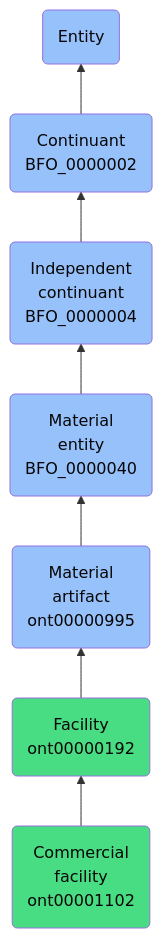
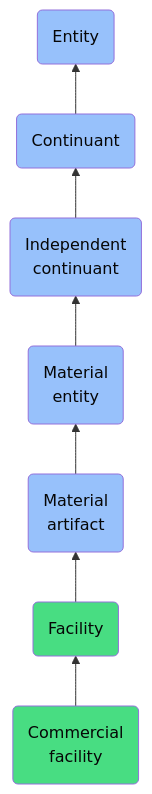
Before and after one commit to jupyter-naas/abi: the diagram in docs/ontology/reference/model/Entity/Continuant/Independent continuant/Material entity/Material artifact/Facility/Commercial facility/Commercial facility.md, drawn with Mermaid. The commit also changed other lines of this file and 1430 other files, not shown here.

````diff
--- a/docs/ontology/reference/model/Entity/Continuant/Independent continuant/Material entity/Material artifact/Facility/Commercial facility/Commercial facility.md
+++ b/docs/ontology/reference/model/Entity/Continuant/Independent continuant/Material entity/Material artifact/Facility/Commercial facility/Commercial facility.md
@@ -24,14 +24,14 @@
 ```mermaid
 graph BT
-    ont00001102(Commercial<br>facility<br>ont00001102):::ABI-->ont00000192
-    ont00000192(Facility<br>ont00000192):::ABI-->ont00000995
-    ont00000995(Material<br>artifact<br>ont00000995):::BFO-->BFO_0000040
-    BFO_0000040(Material<br>entity<br>BFO_0000040):::BFO-->BFO_0000004
-    BFO_0000004(Independent<br>continuant<br>BFO_0000004):::BFO-->BFO_0000002
-    BFO_0000002(Continuant<br>BFO_0000002):::BFO-->BFO_0000001
+    ont00001102(Commercial<br>facility):::ABI-->ont00000192
+    ont00000192(Facility):::ABI-->ont00000995
+    ont00000995(Material<br>artifact):::BFO-->BFO_0000040
+    BFO_0000040(Material<br>entity):::BFO-->BFO_0000004
+    BFO_0000004(Independent<br>continuant):::BFO-->BFO_0000002
+    BFO_0000002(Continuant):::BFO-->BFO_0000001
     BFO_0000001(Entity):::BFO
     
     classDef BFO fill:#97c1fb,color:#060606
     classDef CCO fill:#e4c51e,color:#060606
     classDef ABI fill:#48DD82,color:#060606
 ```
````
